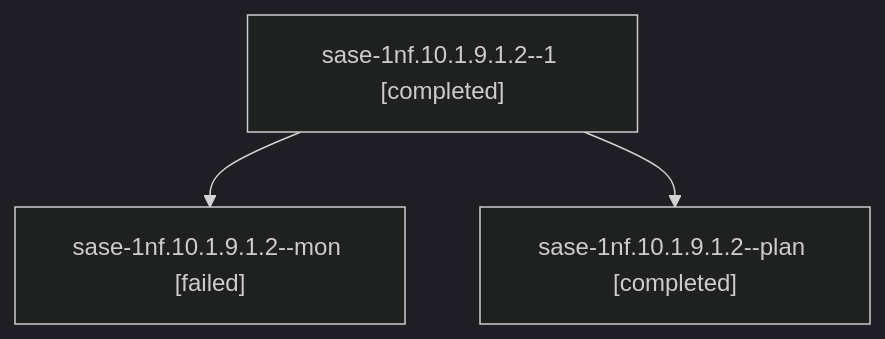
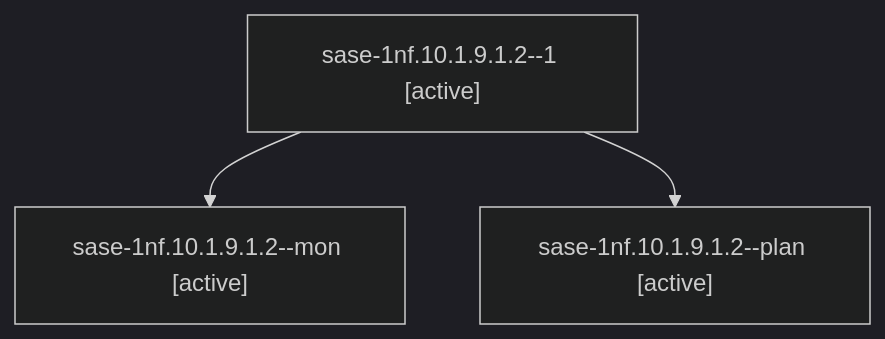
One commit to sase-org/sase--agents changed the diagram in sessions/bbugyi200.athena.sase-1nf.10.1.9.1.2.md. Above: the diagram before and after it, drawn with Mermaid (dark theme). The commit also changed other lines of this file and 136 other files, not shown here.

````diff
--- a/sessions/bbugyi200.athena.sase-1nf.10.1.9.1.2.md
+++ b/sessions/bbugyi200.athena.sase-1nf.10.1.9.1.2.md
@@ -9,8 +9,8 @@
 ```mermaid
 flowchart TD
-  n0["sase-1nf.10.1.9.1.2--1 [completed]"]
-  n1["sase-1nf.10.1.9.1.2--mon [failed]"]
+  n0["sase-1nf.10.1.9.1.2--1 [active]"]
+  n1["sase-1nf.10.1.9.1.2--mon [active]"]
   n0 --> n1
-  n2["sase-1nf.10.1.9.1.2--plan [completed]"]
+  n2["sase-1nf.10.1.9.1.2--plan [active]"]
   n0 --> n2
 ```
````
